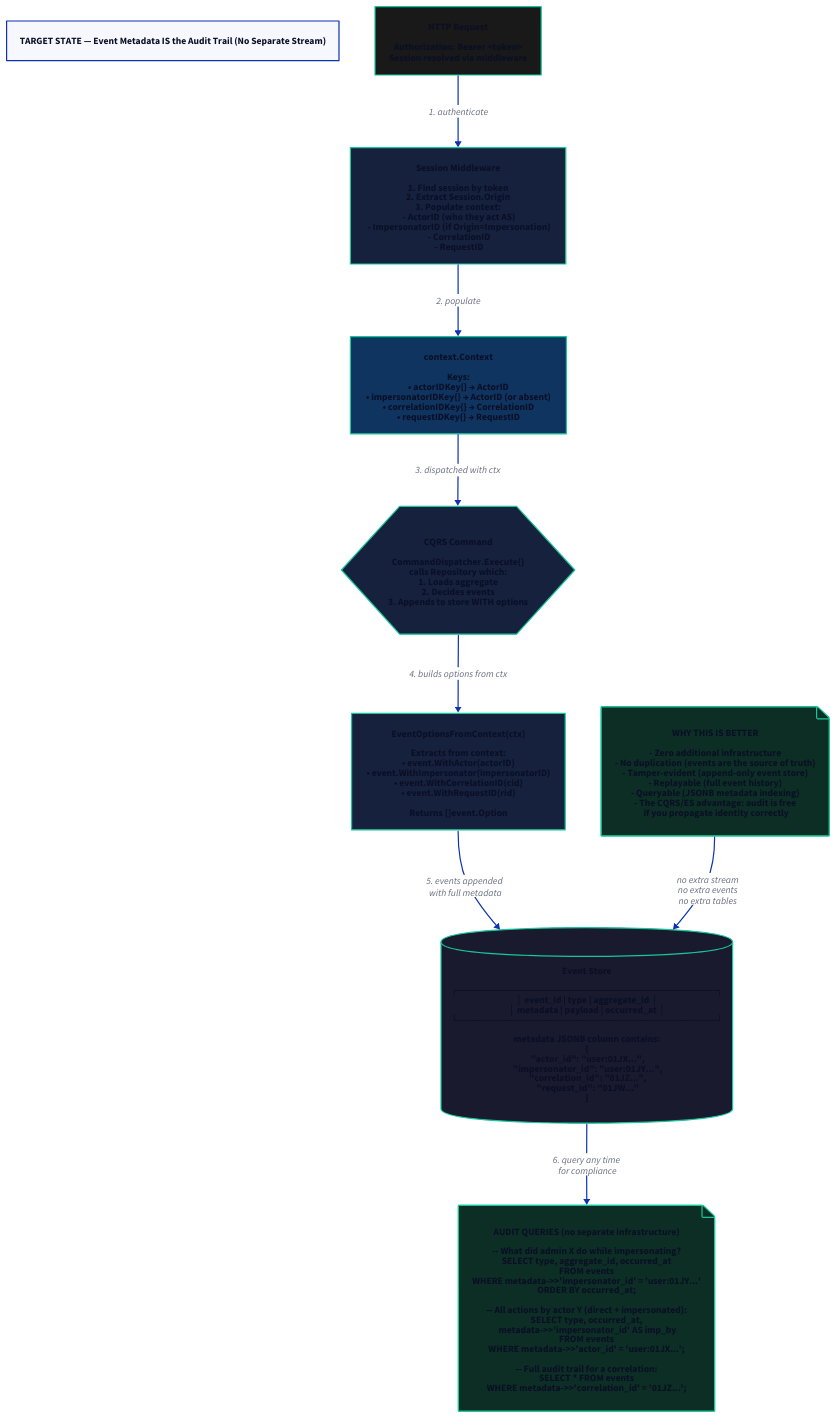
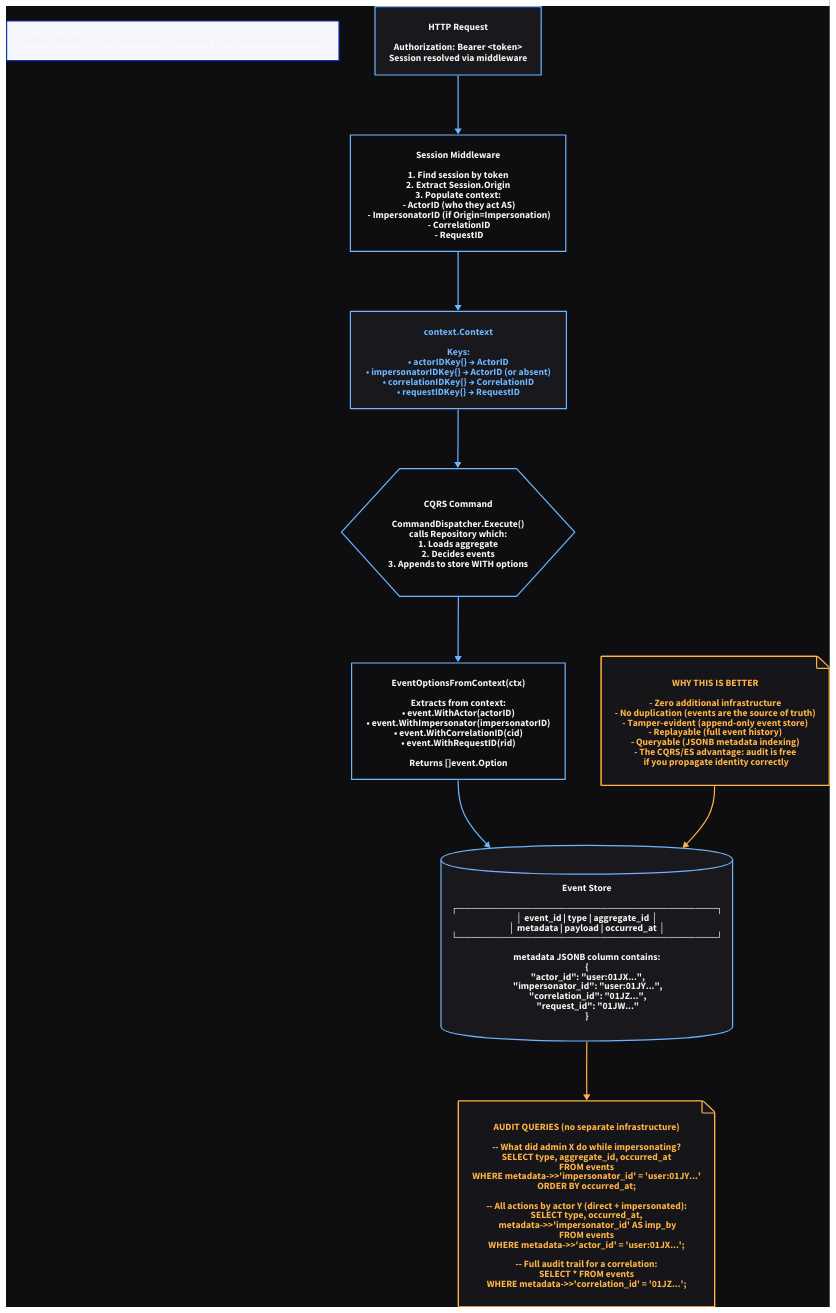
The diagram in docs/architecture-understanding/2026-06-21_04-00_event-metadata-audit-trail.d2 (LarsArtmann/cqrs-htmx), drawn with D2 before and after one commit. The commit also changed 16 other files, not shown here.

First line of the commit message:
docs(architecture): refresh architecture diagrams with dark theme + add render script

```diff
--- a/docs/architecture-understanding/2026-06-21_04-00_event-metadata-audit-trail.d2
+++ b/docs/architecture-understanding/2026-06-21_04-00_event-metadata-audit-trail.d2
@@ -1,69 +1,72 @@
 direction: down
 
+style: {fill: "#0e0e10"}
+
 title: "TARGET STATE — Event Metadata IS the Audit Trail (No Separate Stream)"
+title.style: {font-color: "#f4f4f0"}
 
 # HTTP Request
 HTTPRequest: {
   shape: rectangle
-  style: {fill: "#191919"; stroke: "#16c79a"}
+  style: {fill: "#18181d"; stroke: "#6eb5ff"; font-color: "#f4f4f0"}
   label: "HTTP Request\n\nAuthorization: Bearer <token>\nSession resolved via middleware"
 }
 
 # Session lookup
 SessionLookup: {
   shape: rectangle
-  style: {fill: "#16213e"; stroke: "#16c79a"}
+  style: {fill: "#0e0e10"; stroke: "#6eb5ff"; font-color: "#f4f4f0"}
   label: "Session Middleware\n\n1. Find session by token\n2. Extract Session.Origin\n3. Populate context:\n   - ActorID (who they act AS)\n   - ImpersonatorID (if Origin=Impersonation)\n   - CorrelationID\n   - RequestID"
 }
 
 # Context
 Context: {
   shape: rectangle
-  style: {fill: "#0f3460"; stroke: "#16c79a"}
+  style: {fill: "#18181d"; stroke: "#6eb5ff"; font-color: "#6eb5ff"}
   label: "context.Context\n\nKeys:\n• actorIDKey{} → ActorID\n• impersonatorIDKey{} → ActorID (or absent)\n• correlationIDKey{} → CorrelationID\n• requestIDKey{} → RequestID"
 }
 
 # CQRS Command
 Command: {
   shape: hexagon
-  style: {fill: "#16213e"; stroke: "#16c79a"}
+  style: {fill: "#0e0e10"; stroke: "#6eb5ff"; font-color: "#f4f4f0"}
   label: "CQRS Command\n\nCommandDispatcher.Execute()\ncalls Repository which:\n1. Loads aggregate\n2. Decides events\n3. Appends to store WITH options"
 }
 
 # EventOptionsFromContext
 EventOptions: {
   shape: rectangle
-  style: {fill: "#16213e"; stroke: "#16c79a"}
+  style: {fill: "#0e0e10"; stroke: "#6eb5ff"; font-color: "#f4f4f0"}
   label: "EventOptionsFromContext(ctx)\n\nExtracts from context:\n• event.WithActor(actorID)\n• event.WithImpersonator(impersonatorID)\n• event.WithCorrelationID(cid)\n• event.WithRequestID(rid)\n\nReturns []event.Option"
 }
 
 # Event Store
 EventStore: {
   shape: cylinder
-  style: {fill: "#1a1a2e"; stroke: "#16c79a"}
+  style: {fill: "#18181d"; stroke: "#6eb5ff"; font-color: "#f4f4f0"}
   label: "Event Store\n\n┌──────────────────────────────────────┐\n│ event_id | type      | aggregate_id  │\n│ metadata | payload   | occurred_at   │\n└──────────────────────────────────────┘\n\nmetadata JSONB column contains:\n{\n  \"actor_id\": \"user:01JX...\",\n  \"impersonator_id\": \"user:01JY...\",\n  \"correlation_id\": \"01JZ...\",\n  \"request_id\": \"01JW...\"\n}"
 }
 
 # Audit Query
 AuditQuery: {
   shape: page
-  style: {fill: "#0d2e25"; stroke: "#16c79a"}
+  style: {fill: "#16161a"; stroke: "#ffb347"; font-color: "#ffb347"}
   label: "AUDIT QUERIES (no separate infrastructure)\n\n-- What did admin X do while impersonating?\nSELECT type, aggregate_id, occurred_at\nFROM events\nWHERE metadata->>'impersonator_id' = 'user:01JY...'\nORDER BY occurred_at;\n\n-- All actions by actor Y (direct + impersonated):\nSELECT type, occurred_at,\n       metadata->>'impersonator_id' AS imp_by\nFROM events\nWHERE metadata->>'actor_id' = 'user:01JX...';\n\n-- Full audit trail for a correlation:\nSELECT * FROM events\nWHERE metadata->>'correlation_id' = '01JZ...';"
 }
 
 # Flow
-HTTPRequest -> SessionLookup: "1. authenticate"
-SessionLookup -> Context: "2. populate"
-Context -> Command: "3. dispatched with ctx"
-Command -> EventOptions: "4. builds options from ctx"
-EventOptions -> EventStore: "5. events appended\n   with full metadata"
-EventStore -> AuditQuery: "6. query any time\n   for compliance"
+HTTPRequest -> SessionLookup: {style: {stroke: "#6eb5ff"; font-color: "#f4f4f0"}}
+SessionLookup -> Context: {style: {stroke: "#6eb5ff"; font-color: "#f4f4f0"}}
+Context -> Command: {style: {stroke: "#6eb5ff"; font-color: "#f4f4f0"}}
+Command -> EventOptions: {style: {stroke: "#6eb5ff"; font-color: "#f4f4f0"}}
+EventOptions -> EventStore: {style: {stroke: "#6eb5ff"; font-color: "#f4f4f0"}}
+EventStore -> AuditQuery: {style: {stroke: "#ffb347"; font-color: "#ffb347"}}
 
 # Key insight callout
 NoSeparateStream: {
   shape: page
-  style: {fill: "#0d2e25"; stroke: "#16c79a"}
+  style: {fill: "#16161a"; stroke: "#ffb347"; font-color: "#ffb347"}
   label: "WHY THIS IS BETTER\n\n- Zero additional infrastructure\n- No duplication (events are the source of truth)\n- Tamper-evident (append-only event store)\n- Replayable (full event history)\n- Queryable (JSONB metadata indexing)\n- The CQRS/ES advantage: audit is free\n  if you propagate identity correctly"
 }
 
-NoSeparateStream -> EventStore: "no extra stream\nno extra events\nno extra tables"
+NoSeparateStream -> EventStore: {style: {stroke: "#ffb347"; font-color: "#ffb347"}}
```
